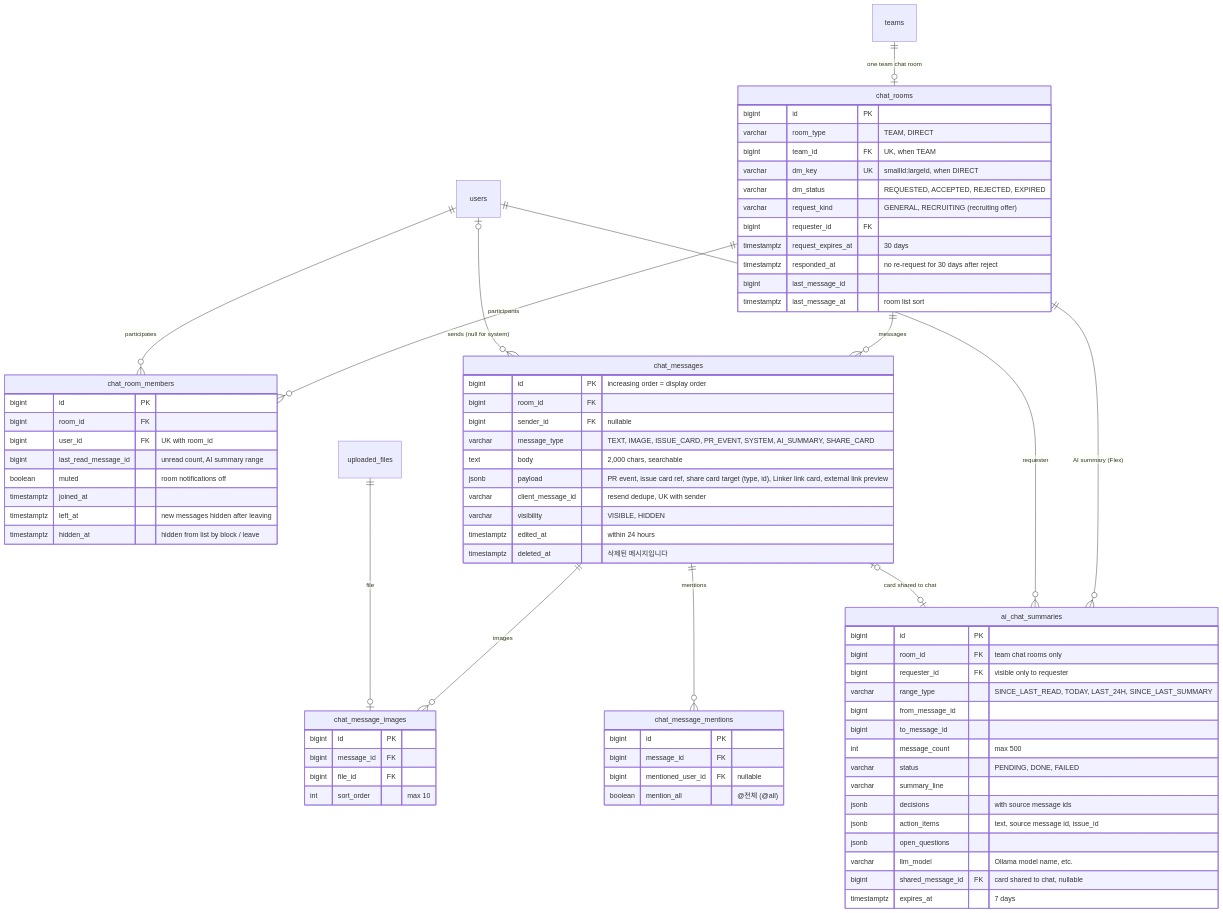
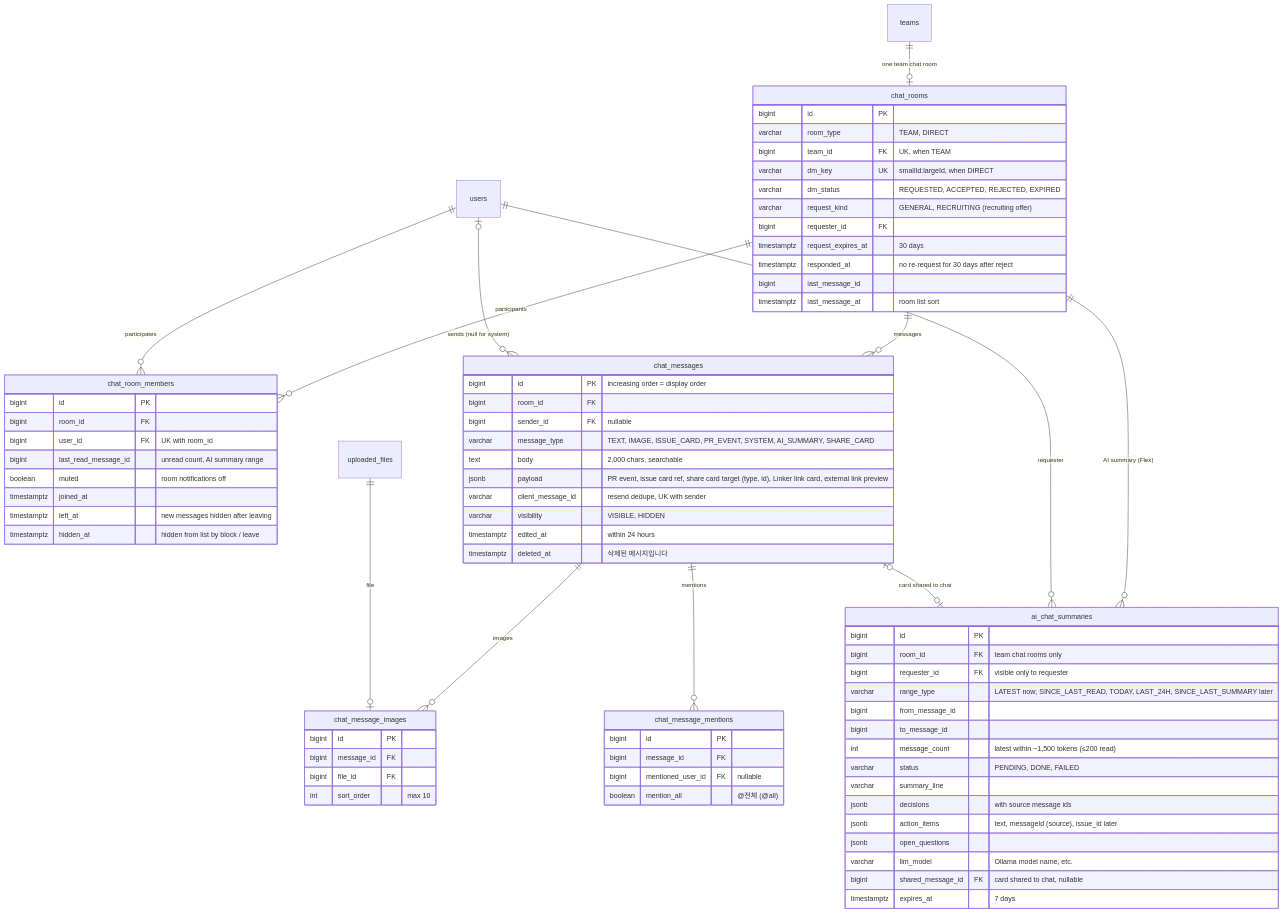
Before and after one commit to likelion-backendschool-9th/Linker: the seventh of 11 diagrams in docs/development/01-erd.md, drawn with Mermaid. The commit also changed other lines of this file and 55 other files, not shown here.

````diff
--- a/docs/development/01-erd.md
+++ b/docs/development/01-erd.md
@@ -669,79 +669,79 @@
 ```mermaid
 erDiagram
   teams ||--o| chat_rooms : "one team chat room"
   chat_rooms ||--o{ chat_room_members : "participants"
   users ||--o{ chat_room_members : "participates"
   chat_rooms ||--o{ chat_messages : "messages"
   users |o--o{ chat_messages : "sends (null for system)"
   chat_messages ||--o{ chat_message_images : "images"
   uploaded_files ||--o| chat_message_images : "file"
   chat_messages ||--o{ chat_message_mentions : "mentions"
   chat_rooms ||--o{ ai_chat_summaries : "AI summary (Flex)"
   users ||--o{ ai_chat_summaries : "requester"
   chat_messages |o--o| ai_chat_summaries : "card shared to chat"
 
   chat_rooms {
     bigint id PK
     varchar room_type "TEAM, DIRECT"
     bigint team_id FK "UK, when TEAM"
     varchar dm_key UK "smallId:largeId, when DIRECT"
     varchar dm_status "REQUESTED, ACCEPTED, REJECTED, EXPIRED"
     varchar request_kind "GENERAL, RECRUITING (recruiting offer)"
     bigint requester_id FK
     timestamptz request_expires_at "30 days"
     timestamptz responded_at "no re-request for 30 days after reject"
     bigint last_message_id
     timestamptz last_message_at "room list sort"
   }
   chat_room_members {
     bigint id PK
     bigint room_id FK
     bigint user_id FK "UK with room_id"
     bigint last_read_message_id "unread count, AI summary range"
     boolean muted "room notifications off"
     timestamptz joined_at
     timestamptz left_at "new messages hidden after leaving"
     timestamptz hidden_at "hidden from list by block / leave"
   }
   chat_messages {
     bigint id PK "increasing order = display order"
     bigint room_id FK
     bigint sender_id FK "nullable"
     varchar message_type "TEXT, IMAGE, ISSUE_CARD, PR_EVENT, SYSTEM, AI_SUMMARY, SHARE_CARD"
     text body "2,000 chars, searchable"
     jsonb payload "PR event, issue card ref, share card target (type, id), Linker link card, external link preview"
     varchar client_message_id "resend dedupe, UK with sender"
     varchar visibility "VISIBLE, HIDDEN"
     timestamptz edited_at "within 24 hours"
     timestamptz deleted_at "삭제된 메시지입니다"
   }
   chat_message_images {
     bigint id PK
     bigint message_id FK
     bigint file_id FK
     int sort_order "max 10"
   }
   chat_message_mentions {
     bigint id PK
     bigint message_id FK
     bigint mentioned_user_id FK "nullable"
     boolean mention_all "@전체 (@all)"
   }
   ai_chat_summaries {
     bigint id PK
     bigint room_id FK "team chat rooms only"
     bigint requester_id FK "visible only to requester"
-    varchar range_type "SINCE_LAST_READ, TODAY, LAST_24H, SINCE_LAST_SUMMARY"
+    varchar range_type "LATEST now; SINCE_LAST_READ, TODAY, LAST_24H, SINCE_LAST_SUMMARY later"
     bigint from_message_id
     bigint to_message_id
-    int message_count "max 500"
+    int message_count "latest within ~1,500 tokens (≤200 read)"
     varchar status "PENDING, DONE, FAILED"
     varchar summary_line
     jsonb decisions "with source message ids"
-    jsonb action_items "text, source message id, issue_id"
+    jsonb action_items "text, messageId (source), issue_id later"
     jsonb open_questions
     varchar llm_model "Ollama model name, etc."
     bigint shared_message_id FK "card shared to chat, nullable"
     timestamptz expires_at "7 days"
   }
 ```
````
